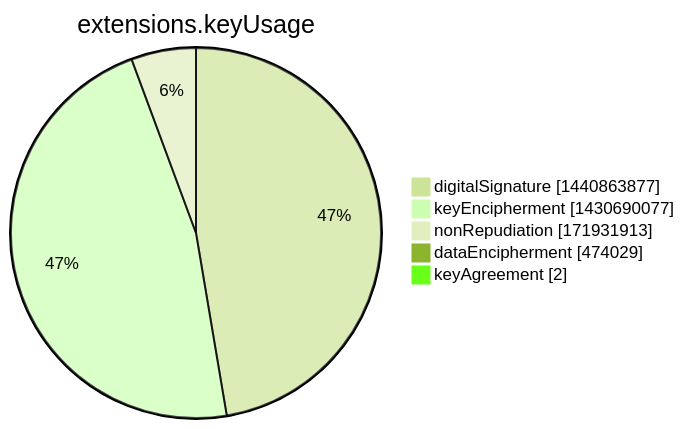
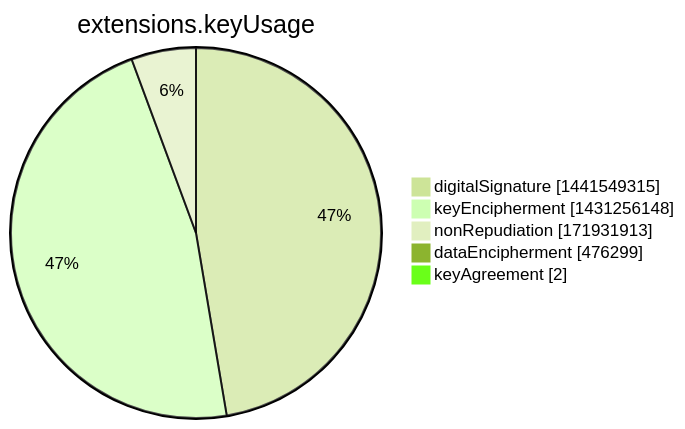
One commit to christiankrug/ctmonitor_visualization changed the seventh of 15 diagrams in argon2022/README.md. Above: the diagram before and after it, drawn with Mermaid (forest theme). The commit also changed other lines of this file, not shown here.

````diff
--- a/argon2022/README.md
+++ b/argon2022/README.md
@@ -2751,9 +2751,9 @@
 ```mermaid
 pie showData
 title extensions.keyUsage
-"digitalSignature" :1440863877
-"keyEncipherment" :1430690077
+"digitalSignature" :1441549315
+"keyEncipherment" :1431256148
 "nonRepudiation" :171931913
-"dataEncipherment" :474029
+"dataEncipherment" :476299
 "keyAgreement" :2
 ```
````
